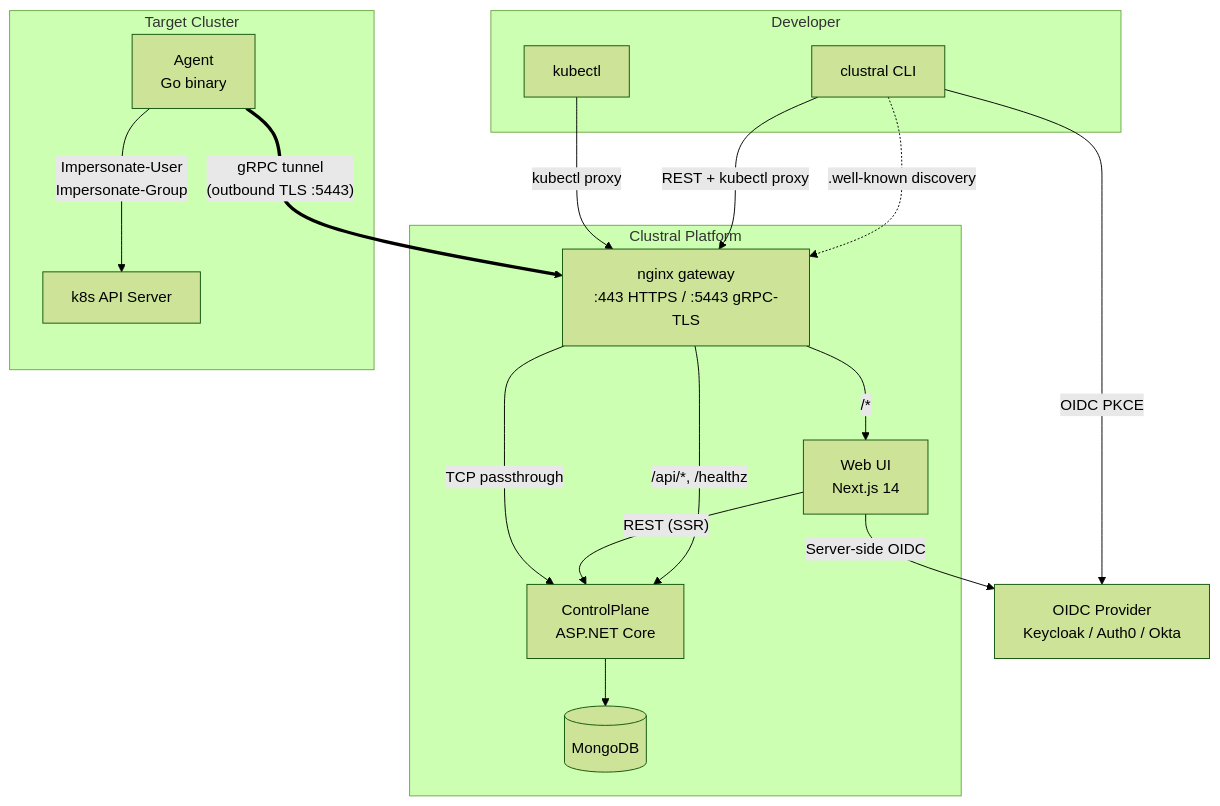
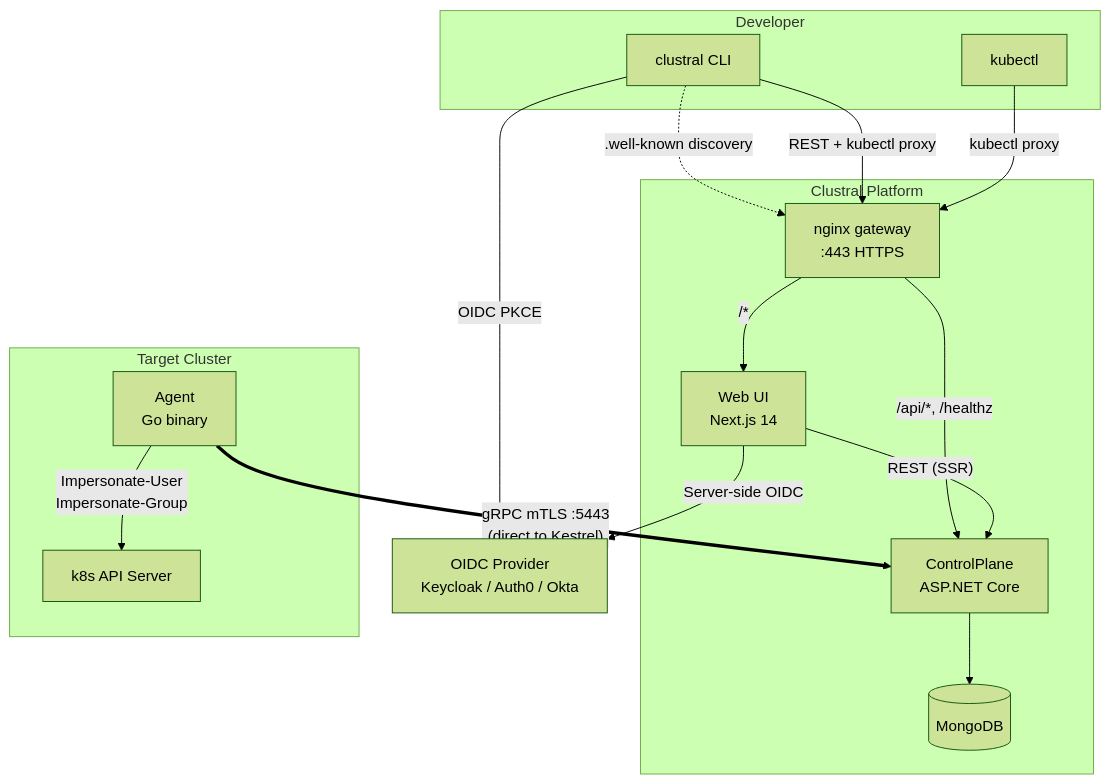
The first of 10 diagrams in README.md (Clustral/clustral), drawn with Mermaid (forest theme) before and after one commit. The commit also changed other lines of this file and 38 other files, not shown here.

First line of the commit message:
feat: mTLS + JWT authentication for agent-ControlPlane gRPC tunnel

````diff
--- a/README.md
+++ b/README.md
@@ -18,34 +18,33 @@
 ```mermaid
 graph TB
     subgraph Developer
         CLI[clustral CLI]
         KB[kubectl]
     end
 
     subgraph "Clustral Platform"
-        NGX[nginx gateway<br/>:443 HTTPS / :5443 gRPC-TLS]
+        NGX[nginx gateway<br/>:443 HTTPS]
         WEB[Web UI<br/>Next.js 14]
         CP[ControlPlane<br/>ASP.NET Core]
         DB[(MongoDB)]
     end
 
     OIDC[OIDC Provider<br/>Keycloak / Auth0 / Okta]
 
     subgraph "Target Cluster"
         AGENT[Agent<br/>Go binary]
         K8S[k8s API Server]
     end
 
     CLI -.->|".well-known discovery"| NGX
     CLI -->|REST + kubectl proxy| NGX
     KB -->|kubectl proxy| NGX
     NGX -->|"/api/*, /healthz"| CP
     NGX -->|"/*"| WEB
     CLI -->|OIDC PKCE| OIDC
     WEB -->|Server-side OIDC| OIDC
     WEB -->|"REST (SSR)"| CP
     CP --> DB
-    AGENT ==>|"gRPC tunnel<br/>(outbound TLS :5443)"| NGX
-    NGX -->|"TCP passthrough"| CP
+    AGENT ==>|"gRPC mTLS :5443<br/>(direct to Kestrel)"| CP
     AGENT -->|Impersonate-User<br/>Impersonate-Group| K8S
 ```
````
